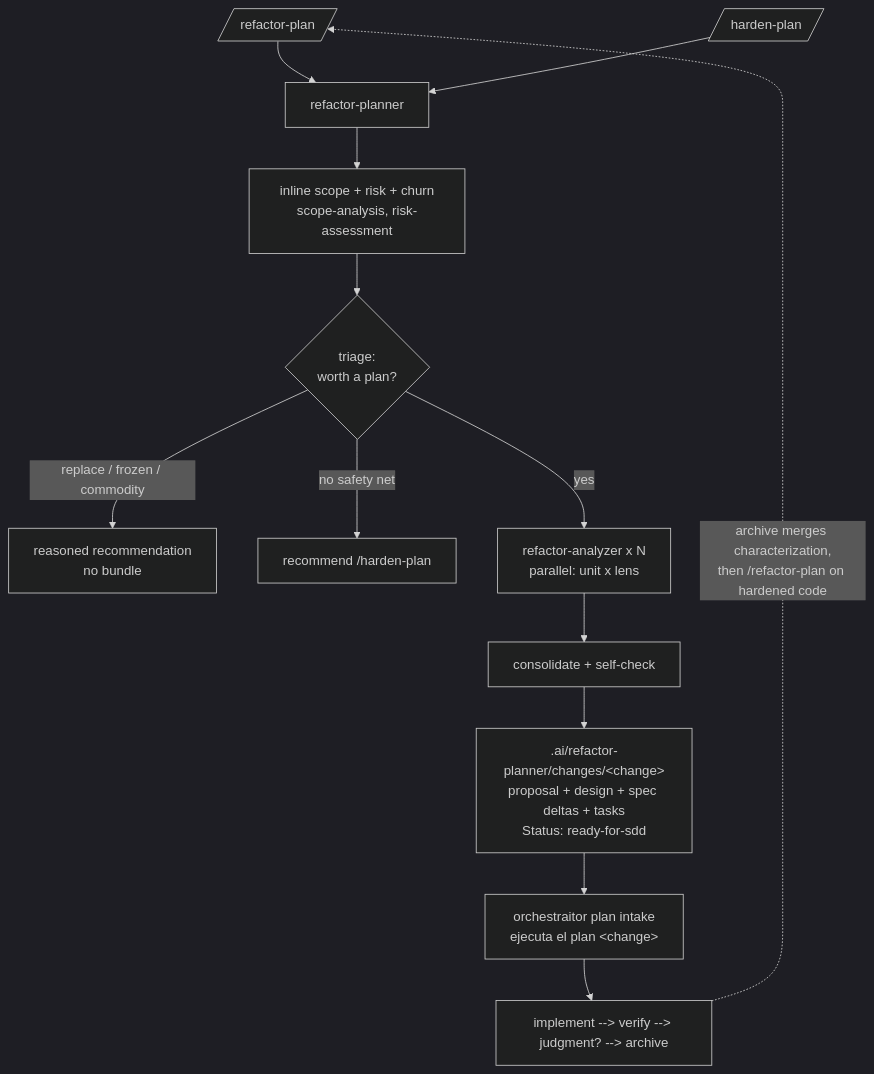
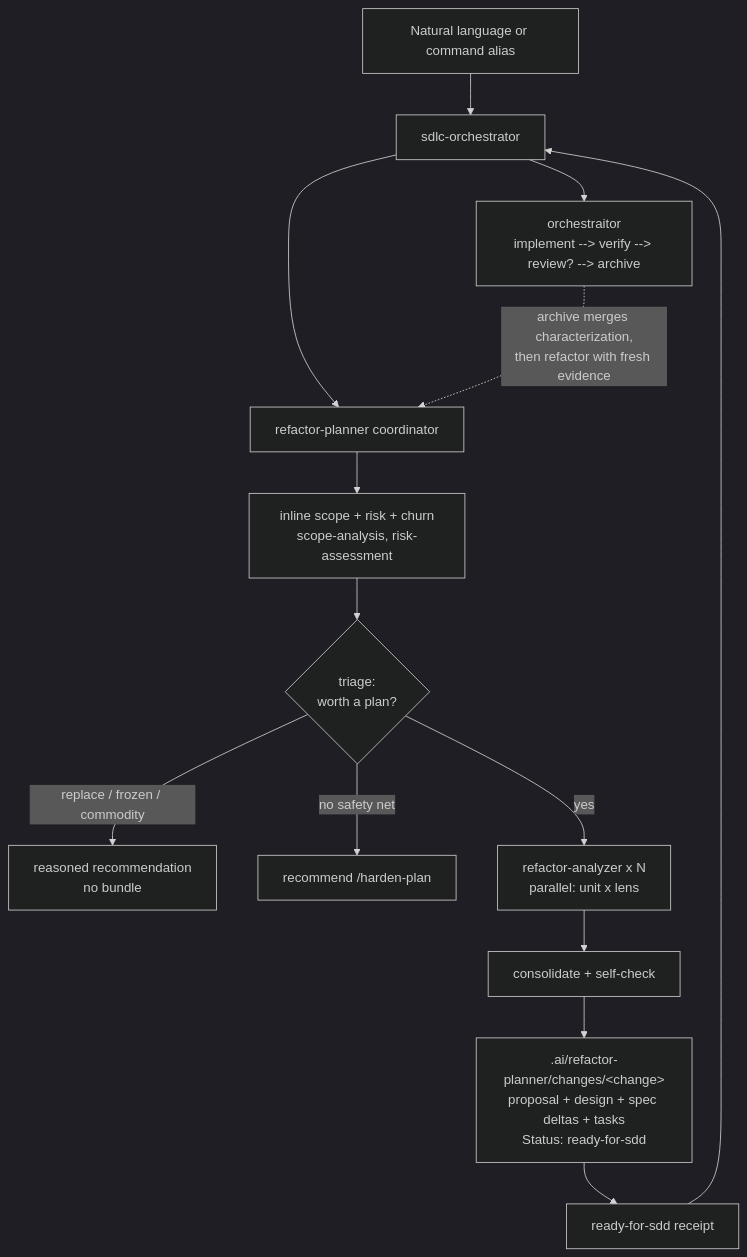
One commit to andresnator/agents-orchestrator changed the diagram in domains/refactor/README.md. Above: the diagram before and after it, drawn with Mermaid (dark theme). The commit also changed other lines of this file and 4 other files, not shown here.

````diff
--- a/domains/refactor/README.md
+++ b/domains/refactor/README.md
@@ -43,15 +43,16 @@
 ```mermaid
 graph TD
-  refactor[/refactor-plan/] --> planner[refactor-planner]
-  harden[/harden-plan/] --> planner
+  user["Natural language or command alias"] --> sdlc[sdlc-orchestrator]
+  sdlc --> planner[refactor-planner coordinator]
   planner --> scope[inline scope + risk + churn<br/>scope-analysis, risk-assessment]
   scope --> triage{triage:<br/>worth a plan?}
   triage -->|replace / frozen / commodity| rec[reasoned recommendation<br/>no bundle]
   triage -->|no safety net| hardenhint[recommend /harden-plan]
   triage -->|yes| fanout[refactor-analyzer x N<br/>parallel: unit x lens]
   fanout --> consolidate[consolidate + self-check]
   consolidate --> bundle[".ai/refactor-planner/changes/&lt;change&gt;<br/>proposal + design + spec deltas + tasks<br/>Status: ready-for-sdd"]
-  bundle --> adopt[orchestraitor plan intake<br/>ejecuta el plan &lt;change&gt;]
-  adopt --> sdd[implement --> verify --> judgment? --> archive]
-  sdd -.->|archive merges characterization,<br/>then /refactor-plan on hardened code| refactor
+  bundle --> handoff[ready-for-sdd receipt]
+  handoff --> sdlc
+  sdlc --> sdd[orchestraitor<br/>implement --> verify --> review? --> archive]
+  sdd -.->|archive merges characterization,<br/>then refactor with fresh evidence| planner
 ```
````
